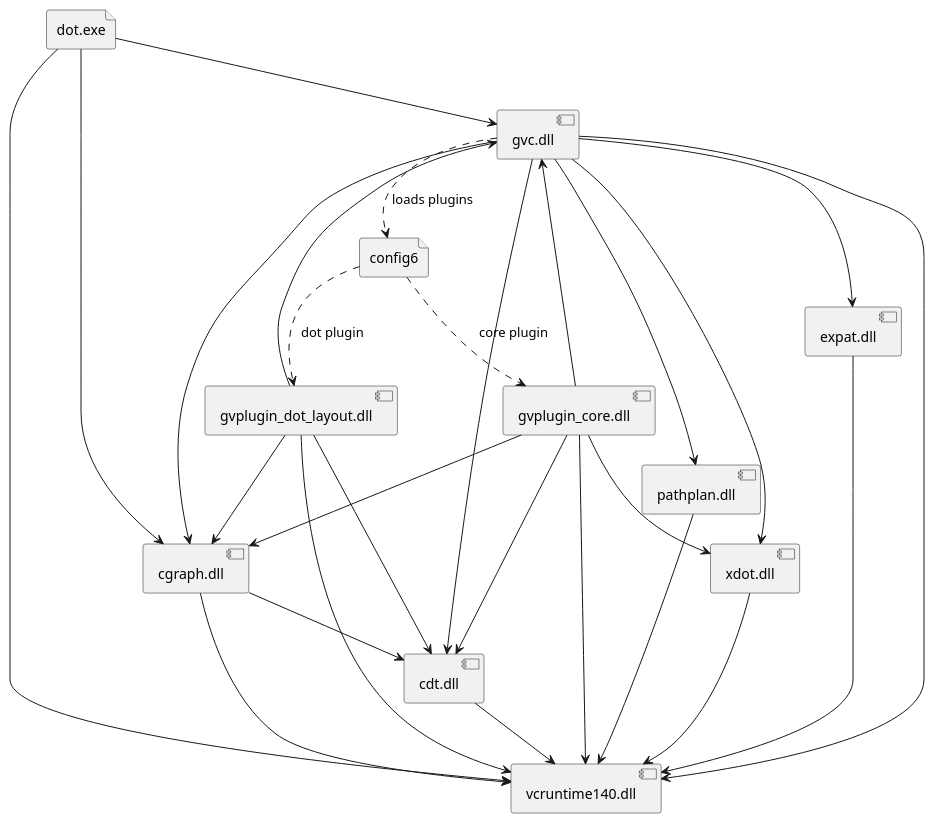
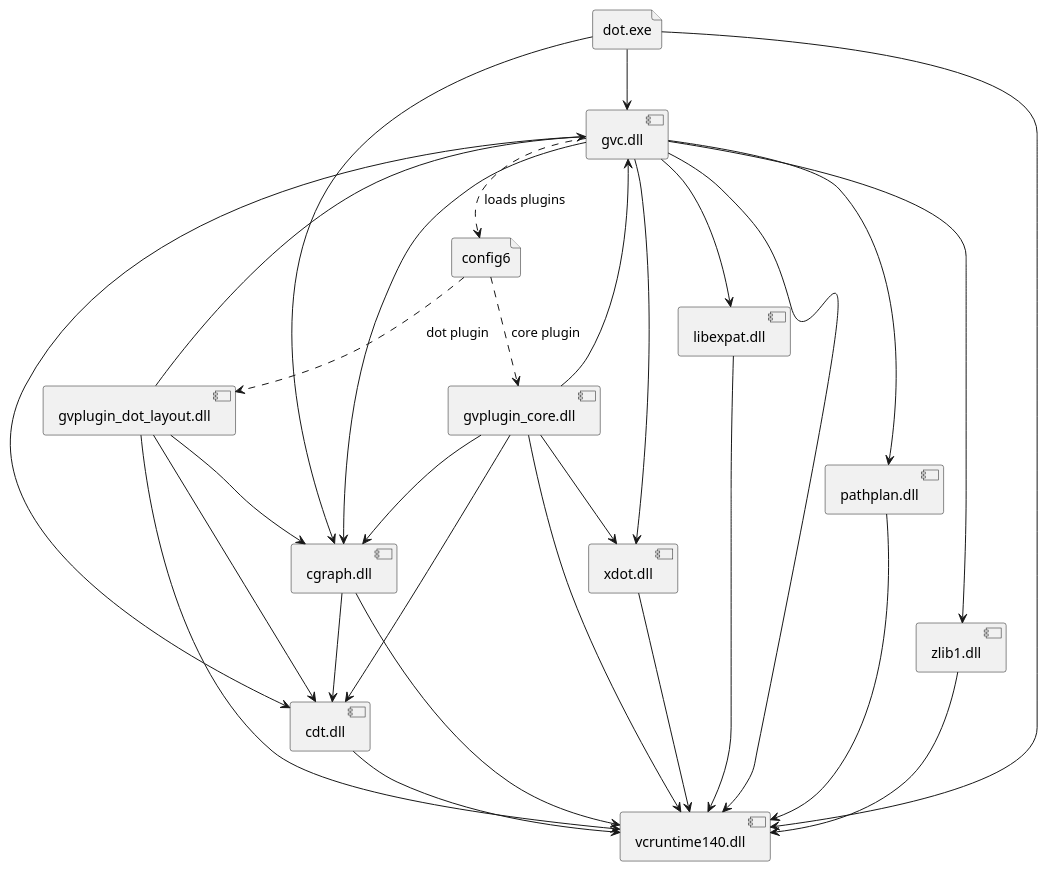
One commit to plantuml/graphviz-distributions changed the diagram in GraphViz_Dependencies.puml. Above: the diagram before and after it, drawn with PlantUML.

```diff
--- a/GraphViz_Dependencies.puml
+++ b/GraphViz_Dependencies.puml
@@ -1,52 +1,55 @@
 @startuml
 
 file dot.exe
 component gvc.dll
 component gvplugin_dot_layout.dll
-component expat.dll
+component libexpat.dll
 component gvplugin_core.dll
 component vcruntime140.dll
 component cgraph.dll
 component pathplan.dll
 component xdot.dll
 component cdt.dll
+component zlib1.dll
 file config6
 
 dot.exe --> gvc.dll
 dot.exe --> cgraph.dll
 dot.exe --> vcruntime140.dll
 
 gvc.dll --> cgraph.dll
 gvc.dll --> pathplan.dll
 gvc.dll --> xdot.dll
-gvc.dll --> expat.dll
+gvc.dll --> libexpat.dll
+gvc.dll --> zlib1.dll
 gvc.dll --> cdt.dll
 gvc.dll --> vcruntime140.dll
 gvc.dll ..> config6 : loads plugins
 
 
 cgraph.dll --> cdt.dll
 cgraph.dll --> vcruntime140.dll
 
-expat.dll --> vcruntime140.dll
+libexpat.dll --> vcruntime140.dll
 
 pathplan.dll --> vcruntime140.dll
 
 xdot.dll --> vcruntime140.dll
 cdt.dll --> vcruntime140.dll
 
 gvplugin_core.dll --> gvc.dll
 gvplugin_core.dll --> cgraph.dll
 gvplugin_core.dll --> cdt.dll
 gvplugin_core.dll --> xdot.dll
 gvplugin_core.dll --> vcruntime140.dll
 config6 ..> gvplugin_core.dll : core plugin
 
 gvplugin_dot_layout.dll --> gvc.dll
 gvplugin_dot_layout.dll --> cgraph.dll
 gvplugin_dot_layout.dll --> cdt.dll
 gvplugin_dot_layout.dll --> vcruntime140.dll
 config6 ..> gvplugin_dot_layout.dll : dot plugin
 
+zlib1.dll --> vcruntime140.dll
 
 @enduml
```
